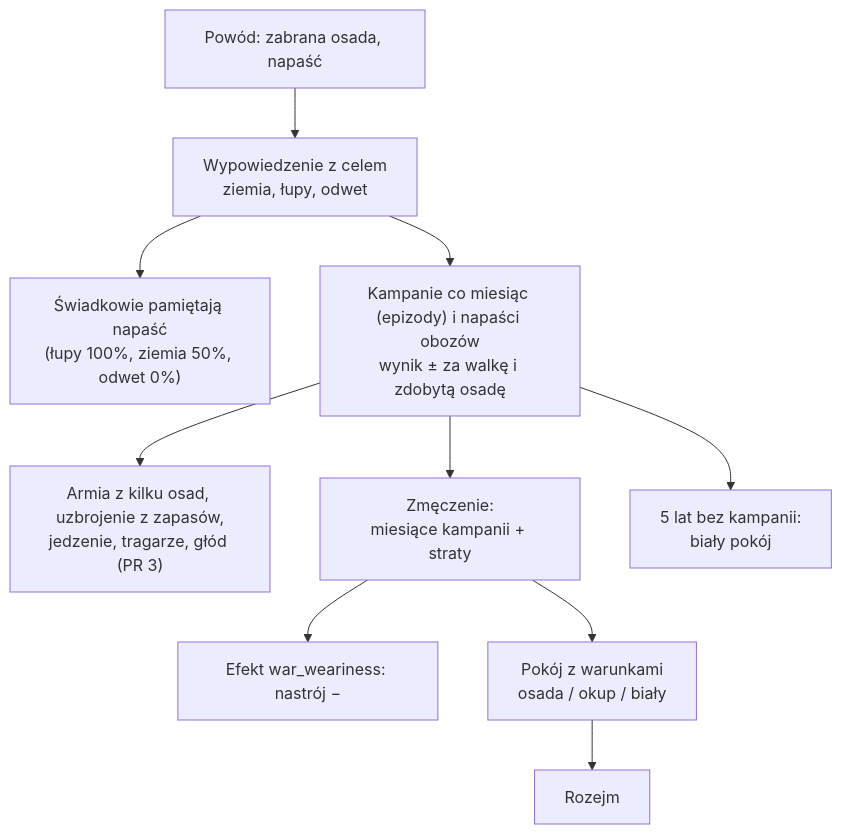
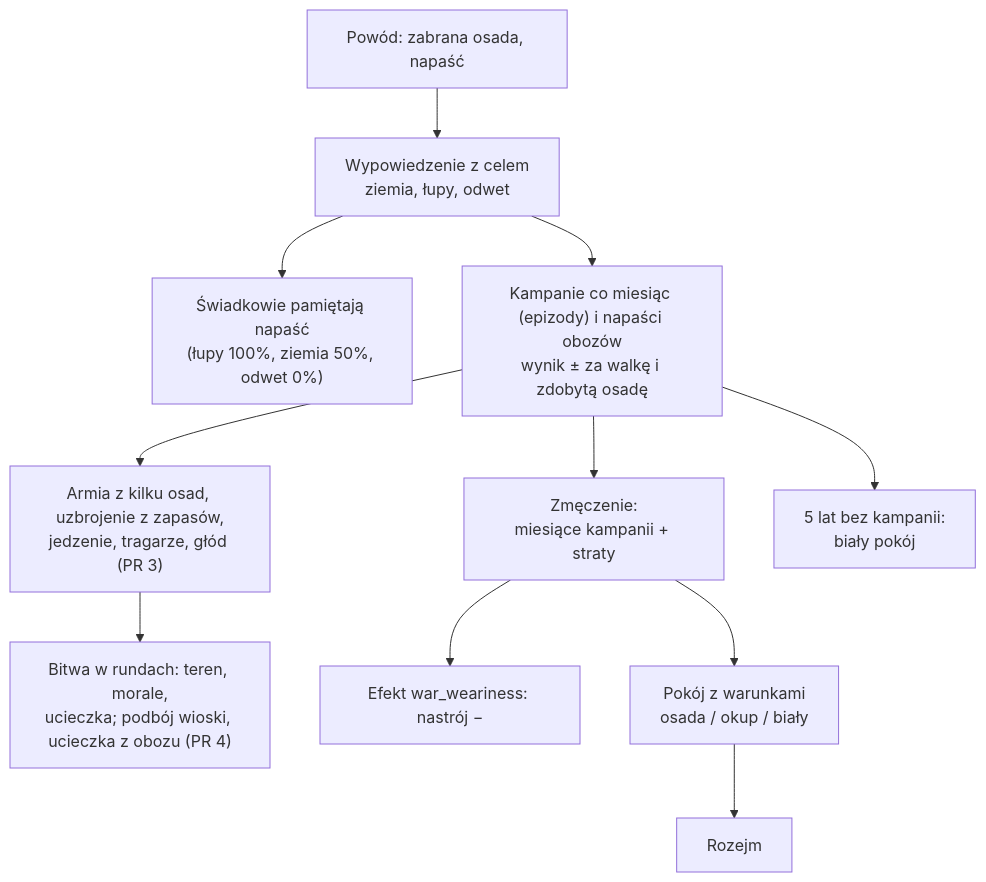
Before and after one commit to CoStellar/CivSim2: the diagram in docs/systems/war.md, drawn with Mermaid. The commit also changed other lines of this file and 9 other files, not shown here.

First line of the commit message:
Stage 4e PR 4: docs, battle statistics, roadmap

````diff
--- a/docs/systems/war.md
+++ b/docs/systems/war.md
@@ -16,12 +16,13 @@
 ```mermaid
 flowchart TD
   C["Powód: zabrana osada, napaść"] --> D["Wypowiedzenie z celem<br/>ziemia, łupy, odwet"]
   D --> R["Świadkowie pamiętają napaść<br/>(łupy 100%, ziemia 50%, odwet 0%)"]
   D --> W["Kampanie co miesiąc (epizody) i napaści obozów<br/>wynik ± za walkę i zdobytą osadę"]
   W --> A["Armia z kilku osad, uzbrojenie z zapasów,<br/>jedzenie, tragarze, głód (PR 3)"]
+  A --> B["Bitwa w rundach: teren, morale,<br/>ucieczka; podbój wioski, ucieczka z obozu (PR 4)"]
   W --> Z["Zmęczenie:<br/>miesiące kampanii + straty"]
   W --> Q["5 lat bez kampanii:<br/>biały pokój"]
   Z --> M["Efekt war_weariness: nastrój −"]
   Z --> P["Pokój z warunkami<br/>osada / okup / biały"]
   P --> T["Rozejm"]
 ```
````
